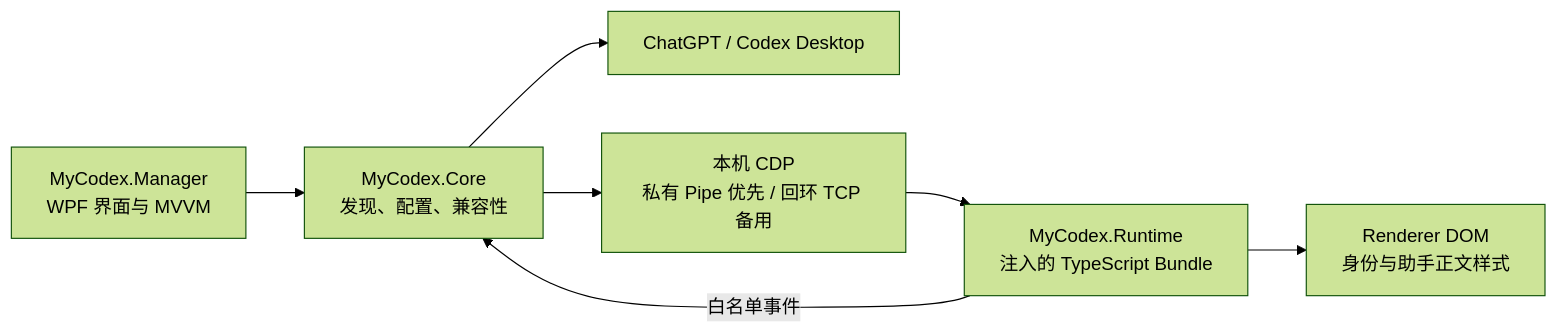
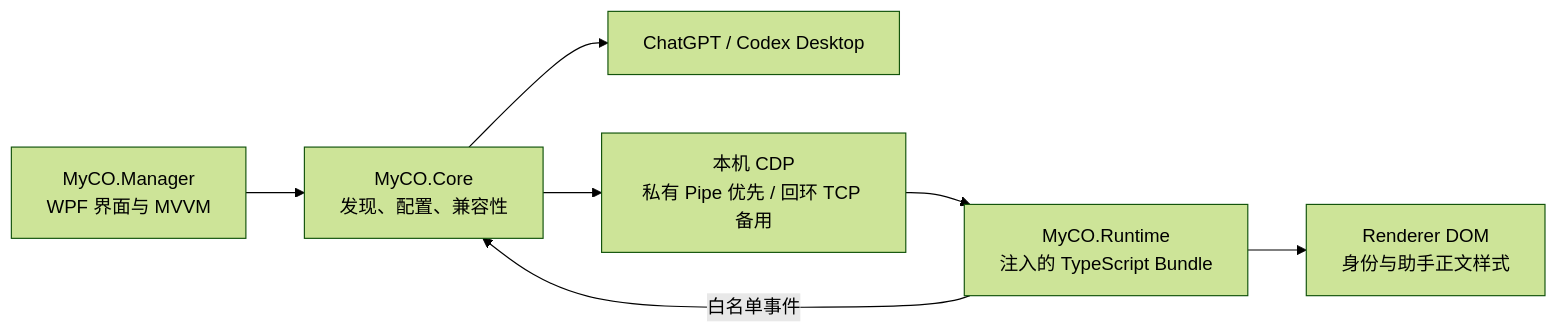
One commit to crikok0721/MyCO changed the second of 2 diagrams in README.md. Above: the diagram before and after it, drawn with Mermaid (forest theme). The commit also changed other lines of this file and 271 other files, not shown here.

````diff
--- a/README.md
+++ b/README.md
@@ -181,9 +188,9 @@
 ```mermaid
 flowchart LR
-    UI["MyCodex.Manager<br/>WPF 界面与 MVVM"] --> Core["MyCodex.Core<br/>发现、配置、兼容性"]
+    UI["MyCO.Manager<br/>WPF 界面与 MVVM"] --> Core["MyCO.Core<br/>发现、配置、兼容性"]
     Core --> Desktop["ChatGPT / Codex Desktop"]
     Core --> CDP["本机 CDP<br/>私有 Pipe 优先 / 回环 TCP 备用"]
-    CDP --> Runtime["MyCodex.Runtime<br/>注入的 TypeScript Bundle"]
+    CDP --> Runtime["MyCO.Runtime<br/>注入的 TypeScript Bundle"]
     Runtime --> DOM["Renderer DOM<br/>身份与助手正文样式"]
     Runtime -->|"白名单事件"| Core
 ```
````
